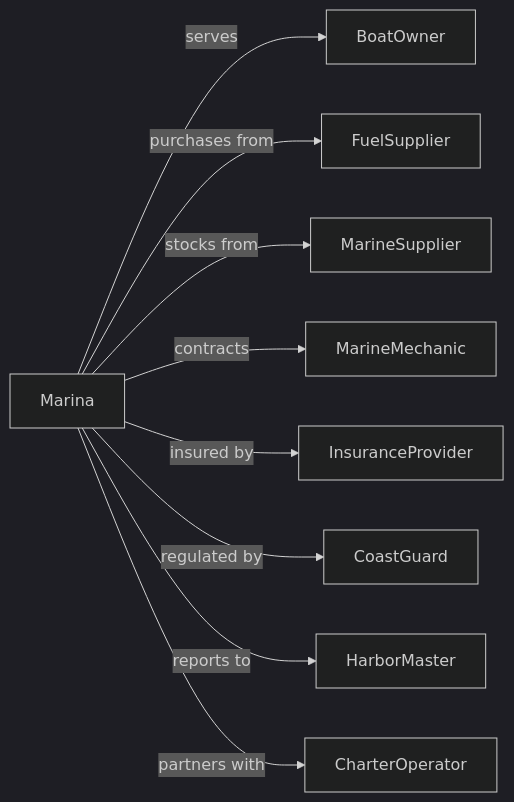
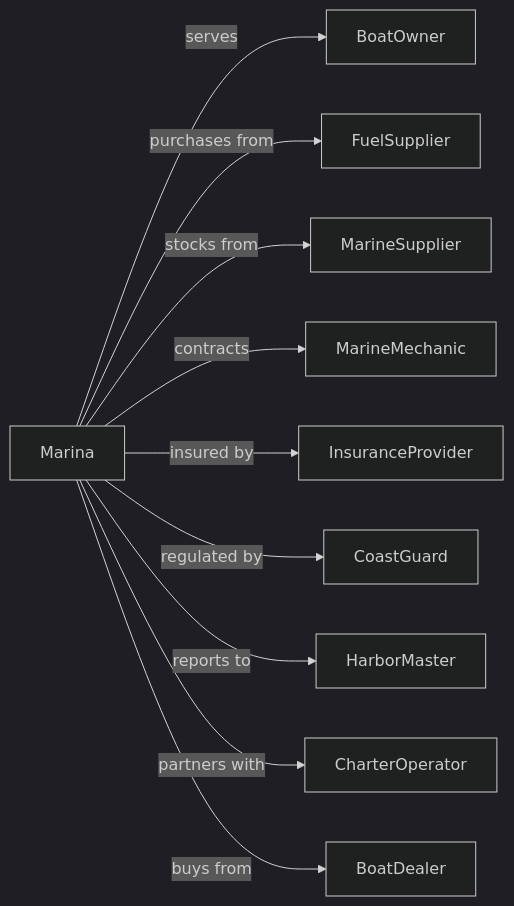
One commit to dot-org-ai/industries.org.ai changed the second of 2 diagrams in Arts/AmusementGamblingAndRecreationIndustries/OtherAmusementAndRecreationIndustries/Marinas.mdx. Above: the diagram before and after it, drawn with Mermaid (dark theme). The commit also changed other lines of this file and 588 other files, not shown here.

````diff
--- a/Arts/AmusementGamblingAndRecreationIndustries/OtherAmusementAndRecreationIndustries/Marinas.mdx
+++ b/Arts/AmusementGamblingAndRecreationIndustries/OtherAmusementAndRecreationIndustries/Marinas.mdx
@@ -128,13 +128,14 @@
 ```mermaid
 graph LR
     M[Marina]
 
     M -->|serves| BoatOwner
     M -->|purchases from| FuelSupplier
     M -->|stocks from| MarineSupplier
     M -->|contracts| MarineMechanic
     M -->|insured by| InsuranceProvider
     M -->|regulated by| CoastGuard
     M -->|reports to| HarborMaster
     M -->|partners with| CharterOperator
+    M -->|buys from| BoatDealer
 ```
````
